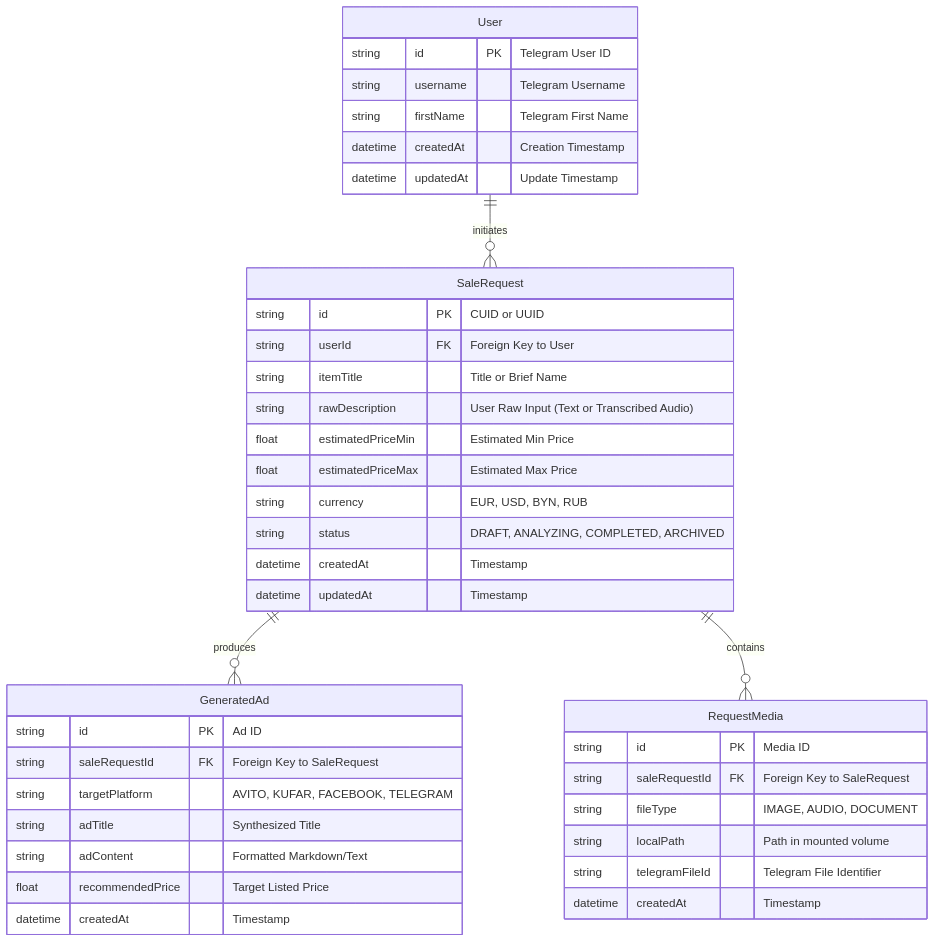
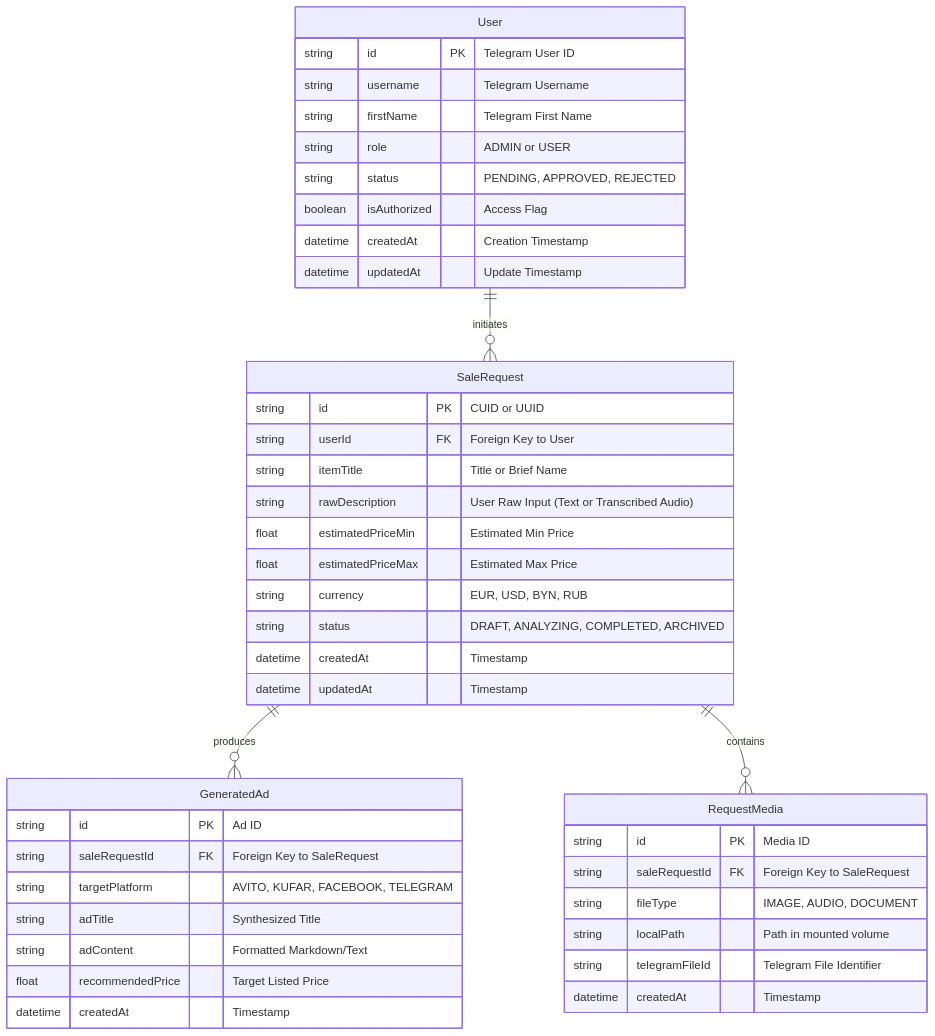
Before and after one commit to rokhlin/sell_helper: the third of 3 diagrams in docs/system_architecture.md, drawn with Mermaid. The commit also changed other lines of this file and 10 other files, not shown here.

Commit message:
feat(telegram): implement dynamic first-admin bootstrapping and user approval flow (CR-001)

````diff
--- a/docs/system_architecture.md
+++ b/docs/system_architecture.md
@@ -88,46 +113,49 @@
 ```mermaid
 erDiagram
     User ||--o{ SaleRequest : initiates
     SaleRequest ||--o{ GeneratedAd : produces
     SaleRequest ||--o{ RequestMedia : contains
 
     User {
         string id PK "Telegram User ID"
         string username "Telegram Username"
         string firstName "Telegram First Name"
+        string role "ADMIN or USER"
+        string status "PENDING, APPROVED, REJECTED"
+        boolean isAuthorized "Access Flag"
         datetime createdAt "Creation Timestamp"
         datetime updatedAt "Update Timestamp"
     }
 
     SaleRequest {
         string id PK "CUID or UUID"
         string userId FK "Foreign Key to User"
         string itemTitle "Title or Brief Name"
         string rawDescription "User Raw Input (Text or Transcribed Audio)"
         float estimatedPriceMin "Estimated Min Price"
         float estimatedPriceMax "Estimated Max Price"
         string currency "EUR, USD, BYN, RUB"
         string status "DRAFT, ANALYZING, COMPLETED, ARCHIVED"
         datetime createdAt "Timestamp"
         datetime updatedAt "Timestamp"
     }
 
     RequestMedia {
         string id PK "Media ID"
         string saleRequestId FK "Foreign Key to SaleRequest"
         string fileType "IMAGE, AUDIO, DOCUMENT"
         string localPath "Path in mounted volume"
         string telegramFileId "Telegram File Identifier"
         datetime createdAt "Timestamp"
     }
 
     GeneratedAd {
         string id PK "Ad ID"
         string saleRequestId FK "Foreign Key to SaleRequest"
         string targetPlatform "AVITO, KUFAR, FACEBOOK, TELEGRAM"
         string adTitle "Synthesized Title"
         string adContent "Formatted Markdown/Text"
         float recommendedPrice "Target Listed Price"
         datetime createdAt "Timestamp"
     }
 ```
````
